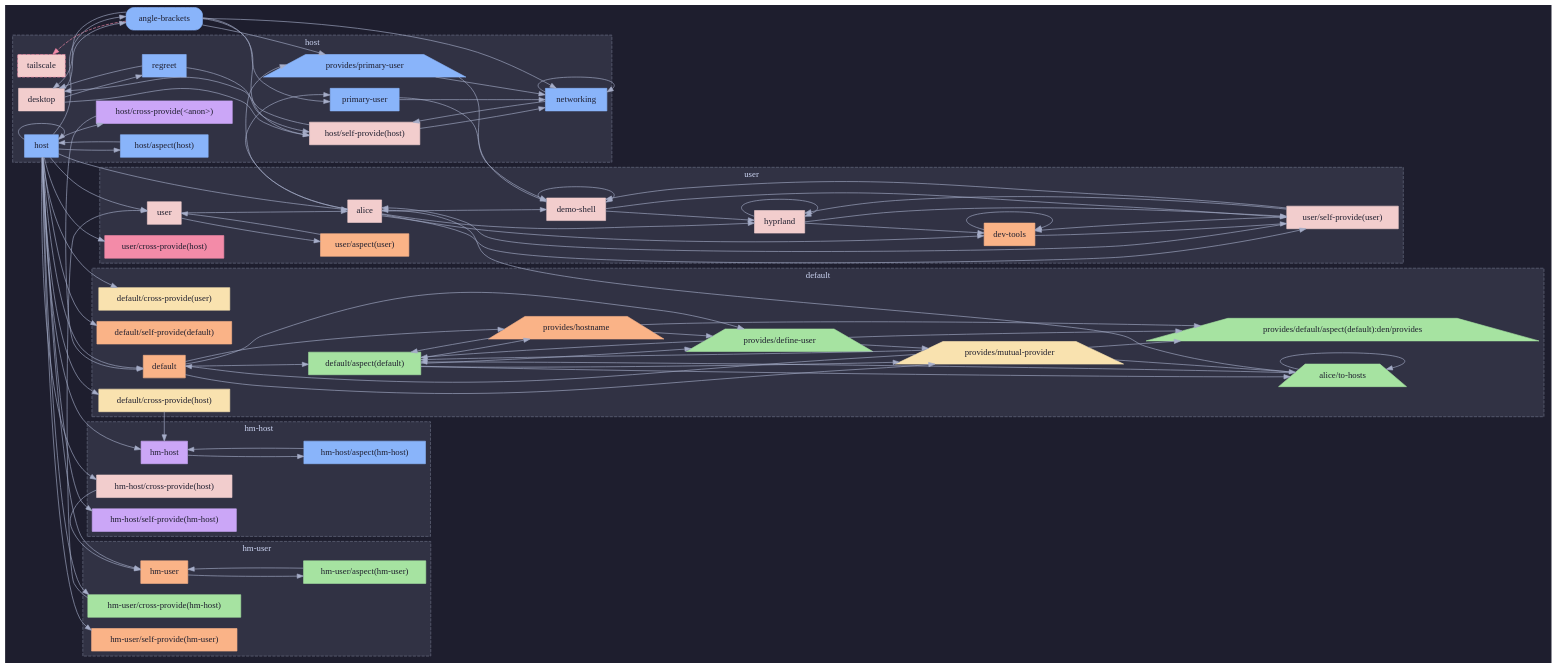
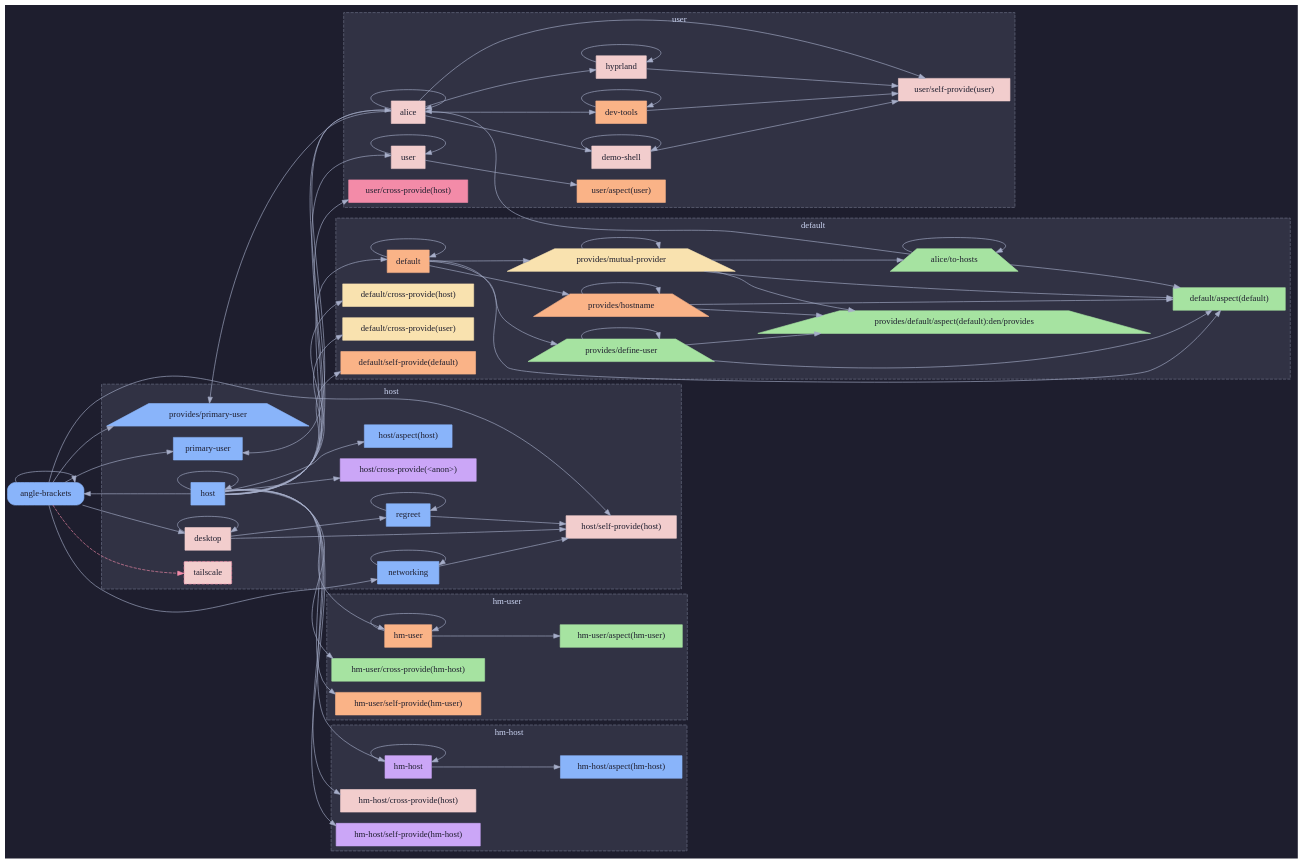
Before and after one commit to sini/den: the second of 3 diagrams in templates/diag-fx-demo/diagrams/angle-brackets-dag.md, drawn with Graphviz. The commit also changed other lines of this file and 849 other files, not shown here.

Commit message:
chore: update fx diagrams

````diff
--- a/templates/diag-fx-demo/diagrams/angle-brackets-dag.md
+++ b/templates/diag-fx-demo/diagrams/angle-brackets-dag.md
@@ -274,6 +255,7 @@
   user__self_provide_user_ [label="user/self-provide(user)",shape=box,style=filled,fillcolor="#f2cdcd",color="#f2cdcd",fontcolor="#1e1e2e"];
   }
 
+  alice -> alice;
   alice -> demo_shell;
   alice -> dev_tools;
   alice -> hyprland;
@@ -282,47 +264,39 @@
   alice -> user__self_provide_user_;
   alice__to_hosts -> default__aspect_default_;
   alice__to_hosts -> alice__to_hosts;
+  angle_brackets -> angle_brackets;
   angle_brackets -> desktop;
   angle_brackets -> host__self_provide_host_;
   angle_brackets -> networking;
   angle_brackets -> primary_user;
   angle_brackets -> den__provides__primary_user;
   angle_brackets -> tailscale [style=dashed,color="#f38ba8"];
+  n_default -> n_default;
   n_default -> default__aspect_default_;
   n_default -> den__provides__define_user;
   n_default -> den__provides__hostname;
   n_default -> den__provides__mutual_provider;
-  default__aspect_default_ -> den__provides__define_user;
-  default__aspect_default_ -> den__provides__hostname;
-  default__aspect_default_ -> den__provides__mutual_provider;
-  default__aspect_default_ -> alice__to_hosts;
-  default__cross_provide_host_ -> hm_host;
   demo_shell -> demo_shell;
-  demo_shell -> hyprland;
   demo_shell -> user__self_provide_user_;
   den__provides__define_user -> default__aspect_default_;
   den__provides__define_user -> den__provides__default__aspect_default__den__provides;
-  den__provides__define_user -> den__provides__mutual_provider;
+  den__provides__define_user -> den__provides__define_user;
   den__provides__hostname -> default__aspect_default_;
   den__provides__hostname -> den__provides__default__aspect_default__den__provides;
-  den__provides__hostname -> den__provides__define_user;
-  den__provides__mutual_provider -> n_default;
+  den__provides__hostname -> den__provides__hostname;
   den__provides__mutual_provider -> default__aspect_default_;
   den__provides__mutual_provider -> den__provides__default__aspect_default__den__provides;
+  den__provides__mutual_provider -> den__provides__mutual_provider;
   den__provides__mutual_provider -> alice__to_hosts;
-  den__provides__primary_user -> demo_shell;
-  den__provides__primary_user -> networking;
-  desktop -> angle_brackets;
+  desktop -> desktop;
   desktop -> host__self_provide_host_;
   desktop -> regreet;
   dev_tools -> dev_tools;
   dev_tools -> user__self_provide_user_;
+  hm_host -> hm_host;
   hm_host -> hm_host__aspect_hm_host_;
-  hm_host__aspect_hm_host_ -> hm_host;
-  hm_host__cross_provide_host_ -> hm_user;
+  hm_user -> hm_user;
   hm_user -> hm_user__aspect_hm_user_;
-  hm_user__aspect_hm_user_ -> hm_user;
-  hm_user__cross_provide_hm_host_ -> user;
   host -> alice;
   host -> angle_brackets;
   host -> n_default;
@@ -340,26 +314,14 @@
   host -> host__cross_provide__anon__;
   host -> user;
   host -> user__cross_provide_host_;
-  host__aspect_host_ -> host;
-  host__cross_provide__anon__ -> n_default;
-  host__self_provide_host_ -> desktop;
-  host__self_provide_host_ -> networking;
-  hyprland -> dev_tools;
   hyprland -> hyprland;
   hyprland -> user__self_provide_user_;
   networking -> host__self_provide_host_;
   networking -> networking;
-  primary_user -> demo_shell;
-  primary_user -> networking;
-  regreet -> desktop;
   regreet -> host__self_provide_host_;
-  user -> alice;
+  regreet -> regreet;
+  user -> user;
   user -> user__aspect_user_;
-  user__aspect_user_ -> user;
-  user__self_provide_user_ -> alice;
-  user__self_provide_user_ -> demo_shell;
-  user__self_provide_user_ -> dev_tools;
-  user__self_provide_user_ -> hyprland;
   alice__to_hosts -> alice;
 }
 ```
````
